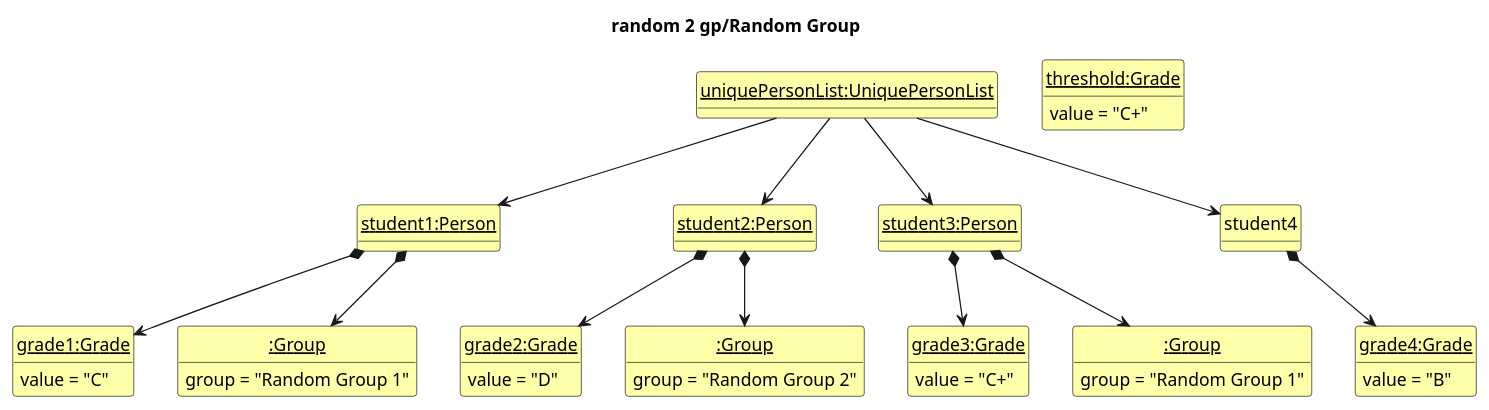
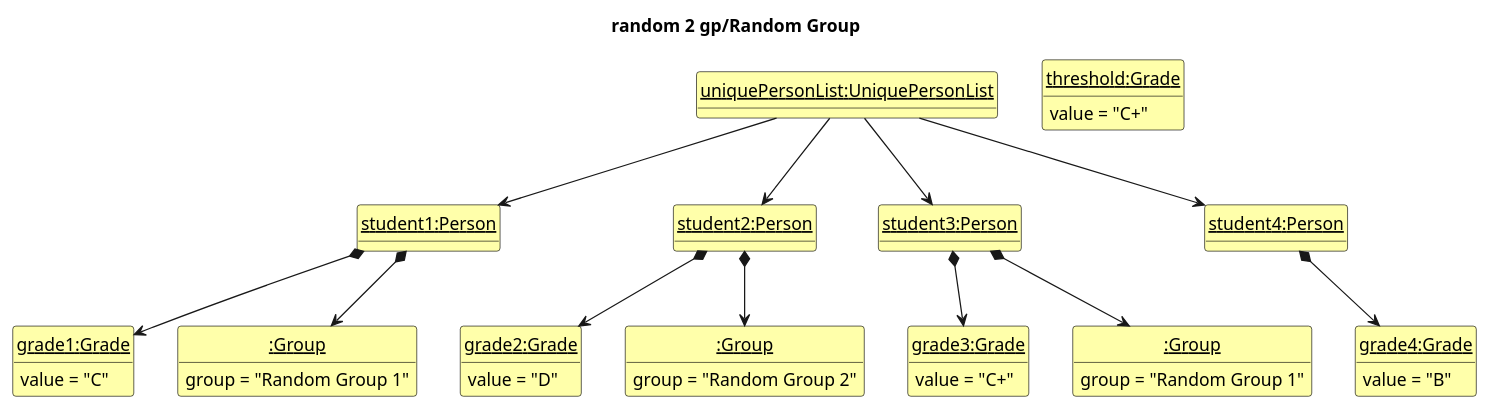
One commit to willowisp01/tp changed the diagram in docs/diagrams/RandomState2.puml. Above: the diagram before and after it, drawn with PlantUML. The commit also changed 1 other file, not shown here.

```diff
--- a/docs/diagrams/RandomState2.puml
+++ b/docs/diagrams/RandomState2.puml
@@ -1,59 +1,60 @@
 @startuml
 'https://plantuml.com/class-diagram
 
 hide circle
 hide methods
 skinparam ClassFontColor #000000
 skinparam ClassBorderColor #000000
 skinparam ClassBackgroundColor #FFFFAA
 
 title random 2 gp/Random Group
 
 class uniquePersonList as "<u>uniquePersonList:UniquePersonList</u>"
 class student1 as "<u>student1:Person</u>"
 class student2 as "<u>student2:Person</u>"
 class student3 as "<u>student3:Person</u>"
+class student4 as "<u>student4:Person</u>"
 class grade1  as "<u>grade1:Grade</u>" {
     value = "C"
 }
 class grade2 as "<u>grade2:Grade</u>"{
     value = "D"
 }
 class grade3 as "<u>grade3:Grade</u>"{
     value = "C+"
 }
 class grade4 as "<u>grade4:Grade</u>"{
     value = "B"
 }
 class Grade as "<u>threshold:Grade</u>"{
     value = "C+"
 }
 class group1 as "<u>:Group</u>"{
     group = "Random Group 1"
 }
 class group2 as "<u>:Group</u>"{
     group = "Random Group 1"
 }
 class group3 as "<u>:Group</u>"{
     group = "Random Group 2"
 }
 
 
 student1 -[hidden]right-> student2
 student2 -[hidden]right-> student3
 
 uniquePersonList -down-> student1
 uniquePersonList -down-> student2
 uniquePersonList -down-> student3
 uniquePersonList -down-> student4
 
 student1 *-down-> grade1
 student2 *-down-> grade2
 student3 *-down-> grade3
 student4 *-down-> grade4
 
 student1 *-down-> group1
 student2 *-down-> group3
 student3 *-down-> group2
 
 @enduml
```
